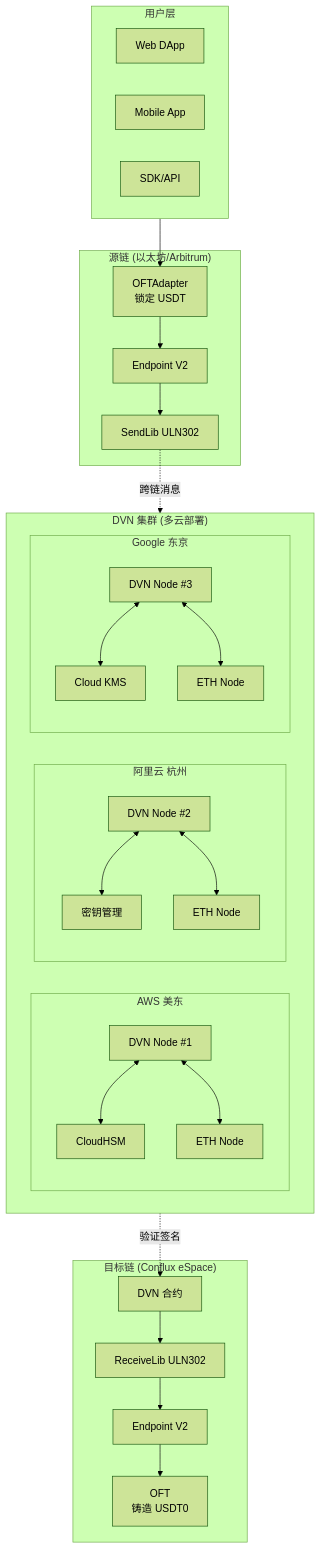
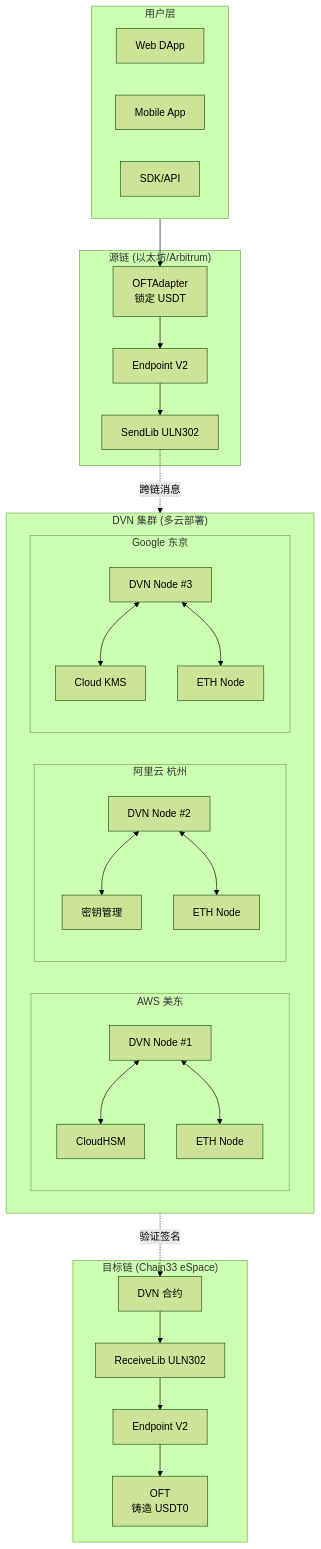
One commit to vipwzw/blockchain-doc changed the diagram in LayerZero_跨链部署方案/README.md. Above: the diagram before and after it, drawn with Mermaid (forest theme). The commit also changed other lines of this file and 9 other files, not shown here.

First line of the commit message:
refactor(LayerZero): 将 Conflux/CFX 替换为 Chain33/Coin33

````diff
--- a/LayerZero_跨链部署方案/README.md
+++ b/LayerZero_跨链部署方案/README.md
@@ -38,55 +38,55 @@
 ```mermaid
 flowchart TB
     subgraph Users["用户层"]
         DApp[Web DApp]
         Mobile[Mobile App]
         SDK[SDK/API]
     end
 
     subgraph SourceChain["源链 (以太坊/Arbitrum)"]
         OFTAdapter[OFTAdapter<br/>锁定 USDT]
         SendLib[SendLib ULN302]
         SrcEndpoint[Endpoint V2]
     end
 
-    subgraph TargetChain["目标链 (Conflux eSpace)"]
+    subgraph TargetChain["目标链 (Chain33 eSpace)"]
         OFT[OFT<br/>铸造 USDT0]
         ReceiveLib[ReceiveLib ULN302]
         DstEndpoint[Endpoint V2]
         DVNContract[DVN 合约]
     end
 
     subgraph DVNCluster["DVN 集群 (多云部署)"]
         subgraph AWS["AWS 美东"]
             DVN1[DVN Node #1]
             HSM1[CloudHSM]
             ETH1[ETH Node]
         end
         subgraph Aliyun["阿里云 杭州"]
             DVN2[DVN Node #2]
             HSM2[密钥管理]
             ETH2[ETH Node]
         end
         subgraph GCP["Google 东京"]
             DVN3[DVN Node #3]
             HSM3[Cloud KMS]
             ETH3[ETH Node]
         end
     end
 
     Users --> OFTAdapter
     OFTAdapter --> SrcEndpoint
     SrcEndpoint --> SendLib
     SendLib -.->|跨链消息| DVNCluster
     DVNCluster -.->|验证签名| DVNContract
     DVNContract --> ReceiveLib
     ReceiveLib --> DstEndpoint
     DstEndpoint --> OFT
 
     DVN1 <--> HSM1
     DVN1 <--> ETH1
     DVN2 <--> HSM2
     DVN2 <--> ETH2
     DVN3 <--> HSM3
     DVN3 <--> ETH3
 ```
````
